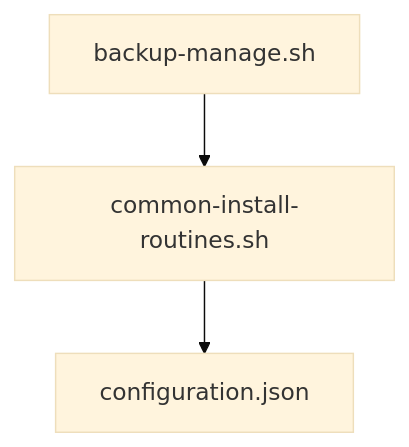
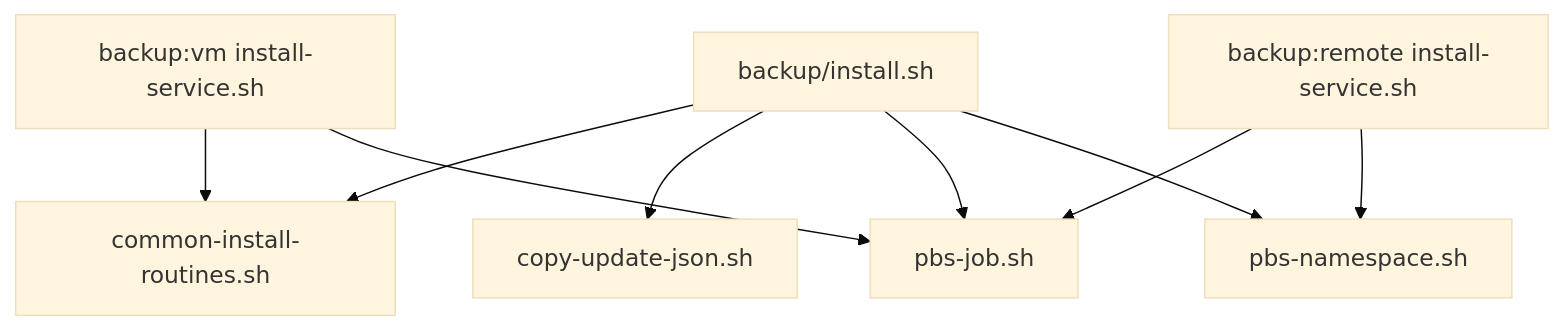
The tenth of 14 diagrams in src/foundation/DEPENDENCIES.md (TAPPaaS/TAPPaaS), drawn with Mermaid (base theme) before and after one commit. The commit also changed other lines of this file and 3 other files, not shown here.

Commit message:
updated dependency graphs

````diff
--- a/src/foundation/DEPENDENCIES.md
+++ b/src/foundation/DEPENDENCIES.md
@@ -292,5 +346,11 @@
 ```mermaid
 graph TD
-    A["backup-manage.sh"] --> B["common-install-routines.sh"]
-    B --> C["configuration.json"]
+    A["backup/install.sh"] --> B["common-install-routines.sh"]
+    A --> C["copy-update-json.sh"]
+    A --> D["pbs-job.sh"]
+    A --> E["pbs-namespace.sh"]
+    F["backup:vm install-service.sh"] --> B
+    F --> D
+    G["backup:remote install-service.sh"] --> D
+    G --> E
 ```
````
